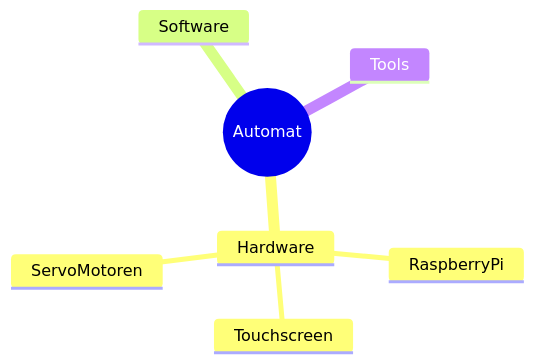
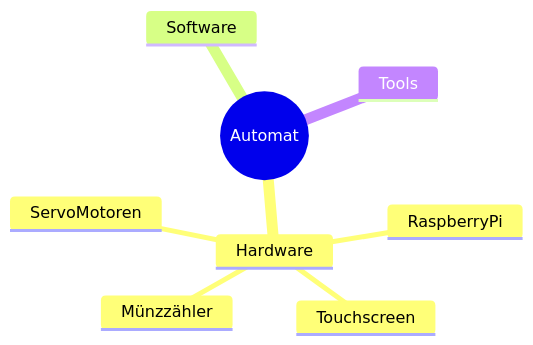
Before and after one commit to Darabrob/Projekt_Automat: the diagram in README.md, drawn with Mermaid.

````diff
--- a/README.md
+++ b/README.md
@@ -3,11 +3,12 @@
 ```mermaid
 mindmap
   root((Automat))
     Hardware
       RaspberryPi
       Touchscreen
+      Münzzähler
       ServoMotoren
     Software
     Tools
       
 ```
````
